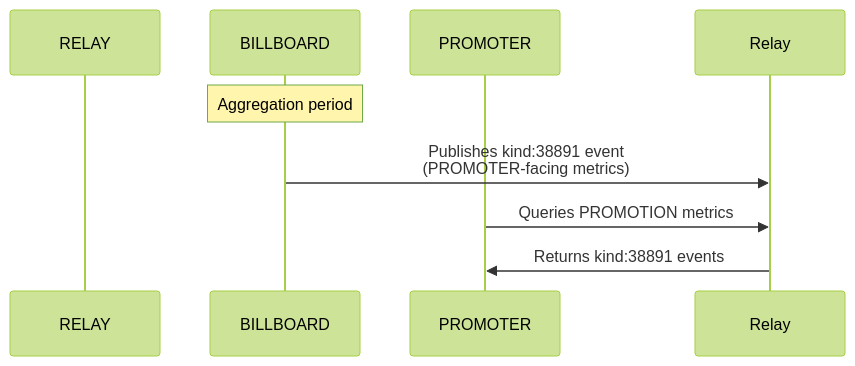
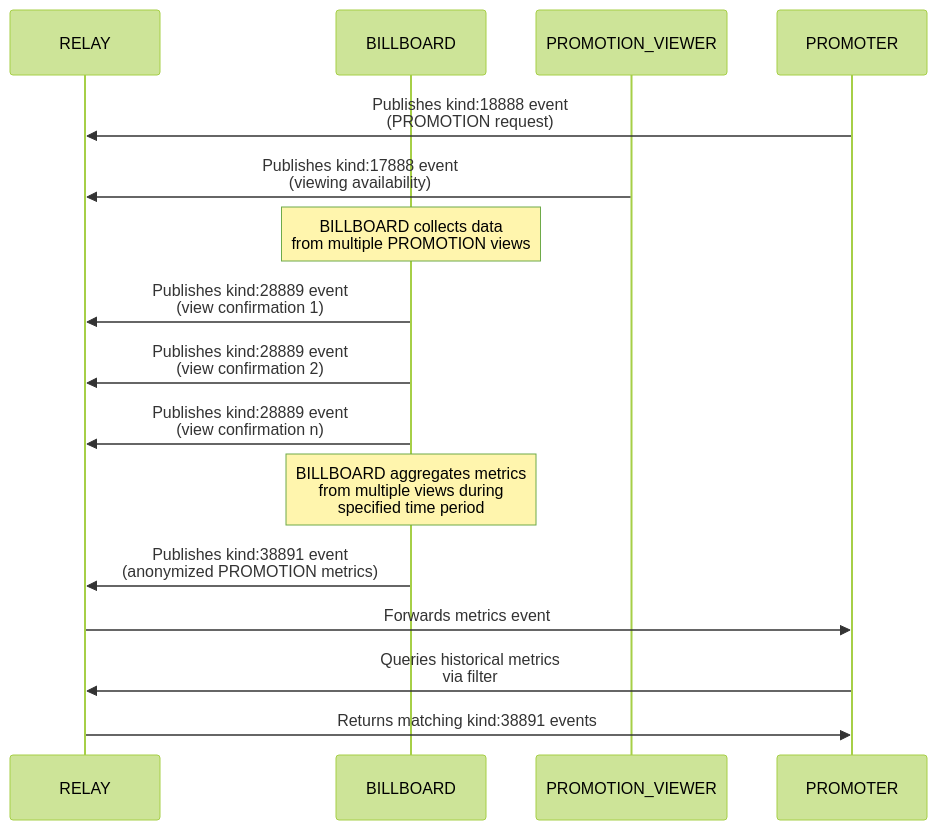
Before and after one commit to joinnextblock/attn-protocol: the diagram in NIP-X2.md, drawn with Mermaid (forest theme). The commit also changed 6 other files, not shown here.

````diff
--- a/NIP-X2.md
+++ b/NIP-X2.md
@@ -129,12 +129,23 @@
 ```mermaid
 sequenceDiagram
     participant RELAY
     participant BILLBOARD
+    participant PROMOTION_VIEWER
     participant PROMOTER
 
-    Note over BILLBOARD: Aggregation period
-    BILLBOARD->>Relay: Publishes kind:38891 event<br/>(PROMOTER-facing metrics)
+    PROMOTER->>RELAY: Publishes kind:18888 event<br/>(PROMOTION request)
+    PROMOTION_VIEWER->>RELAY: Publishes kind:17888 event<br/>(viewing availability)
     
-    PROMOTER->>Relay: Queries PROMOTION metrics
-    Relay->>PROMOTER: Returns kind:38891 events
+    Note over BILLBOARD: BILLBOARD collects data<br/>from multiple PROMOTION views
+    BILLBOARD->>RELAY: Publishes kind:28889 event<br/>(view confirmation 1)
+    BILLBOARD->>RELAY: Publishes kind:28889 event<br/>(view confirmation 2)
+    BILLBOARD->>RELAY: Publishes kind:28889 event<br/>(view confirmation n)
+    
+    Note over BILLBOARD: BILLBOARD aggregates metrics<br/>from multiple views during<br/>specified time period
+    
+    BILLBOARD->>RELAY: Publishes kind:38891 event<br/>(anonymized PROMOTION metrics)
+    RELAY->>PROMOTER: Forwards metrics event
+    
+    PROMOTER->>RELAY: Queries historical metrics<br/>via filter
+    RELAY->>PROMOTER: Returns matching kind:38891 events
 ```
````
